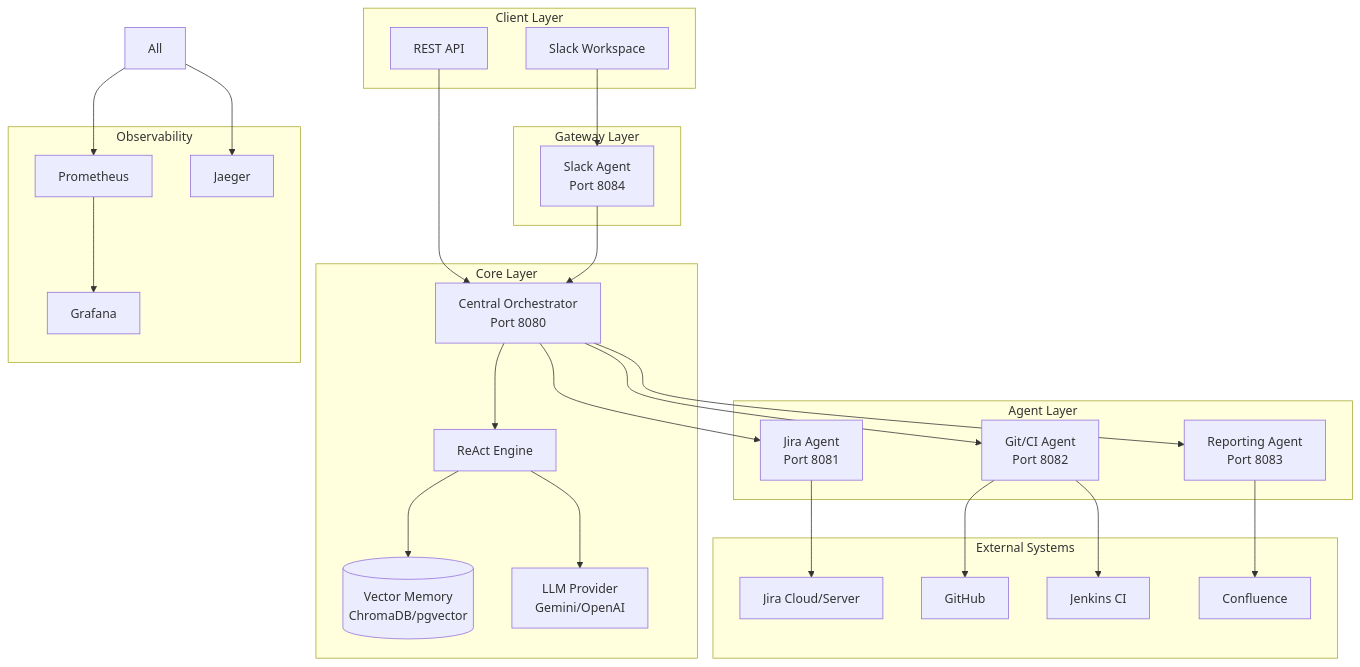
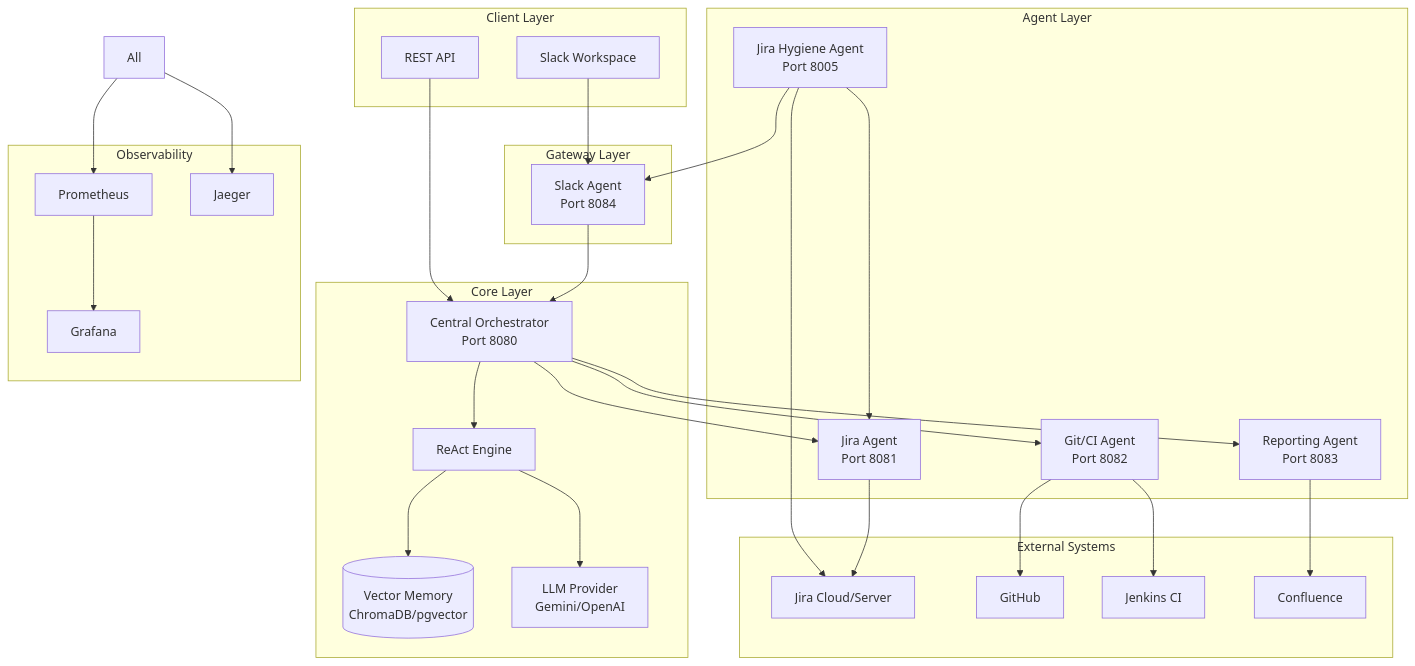
Before and after one commit to IKRedHat/Nexus-Release-Readiness-Bot: the first of 5 diagrams in docs/architecture.md, drawn with Mermaid. The commit also changed other lines of this file and 6 other files, not shown here.

First line of the commit message:
docs: Comprehensive documentation update for Jira Hygiene Agent

````diff
--- a/docs/architecture.md
+++ b/docs/architecture.md
@@ -9,58 +9,63 @@
 ```mermaid
 flowchart TB
     subgraph Client["Client Layer"]
         Slack[Slack Workspace]
         API[REST API]
     end
     
     subgraph Gateway["Gateway Layer"]
         SlackAgent[Slack Agent<br/>Port 8084]
     end
     
     subgraph Core["Core Layer"]
         Orchestrator[Central Orchestrator<br/>Port 8080]
         ReAct[ReAct Engine]
         Memory[(Vector Memory<br/>ChromaDB/pgvector)]
         LLM[LLM Provider<br/>Gemini/OpenAI]
     end
     
     subgraph Agents["Agent Layer"]
         JiraAgent[Jira Agent<br/>Port 8081]
         GitAgent[Git/CI Agent<br/>Port 8082]
         ReportAgent[Reporting Agent<br/>Port 8083]
+        HygieneAgent[Jira Hygiene Agent<br/>Port 8005]
     end
     
     subgraph External["External Systems"]
         Jira[Jira Cloud/Server]
         GitHub[GitHub]
         Jenkins[Jenkins CI]
         Confluence[Confluence]
     end
     
     subgraph Observability["Observability"]
         Prometheus[Prometheus]
         Grafana[Grafana]
         Jaeger[Jaeger]
     end
     
     Slack --> SlackAgent
     API --> Orchestrator
     SlackAgent --> Orchestrator
     
     Orchestrator --> ReAct
     ReAct --> Memory
     ReAct --> LLM
     
     Orchestrator --> JiraAgent
     Orchestrator --> GitAgent
     Orchestrator --> ReportAgent
     
+    HygieneAgent --> JiraAgent
+    HygieneAgent --> SlackAgent
+    HygieneAgent --> Jira
+    
     JiraAgent --> Jira
     GitAgent --> GitHub
     GitAgent --> Jenkins
     ReportAgent --> Confluence
     
     All --> Prometheus
     Prometheus --> Grafana
     All --> Jaeger
 ```
````
